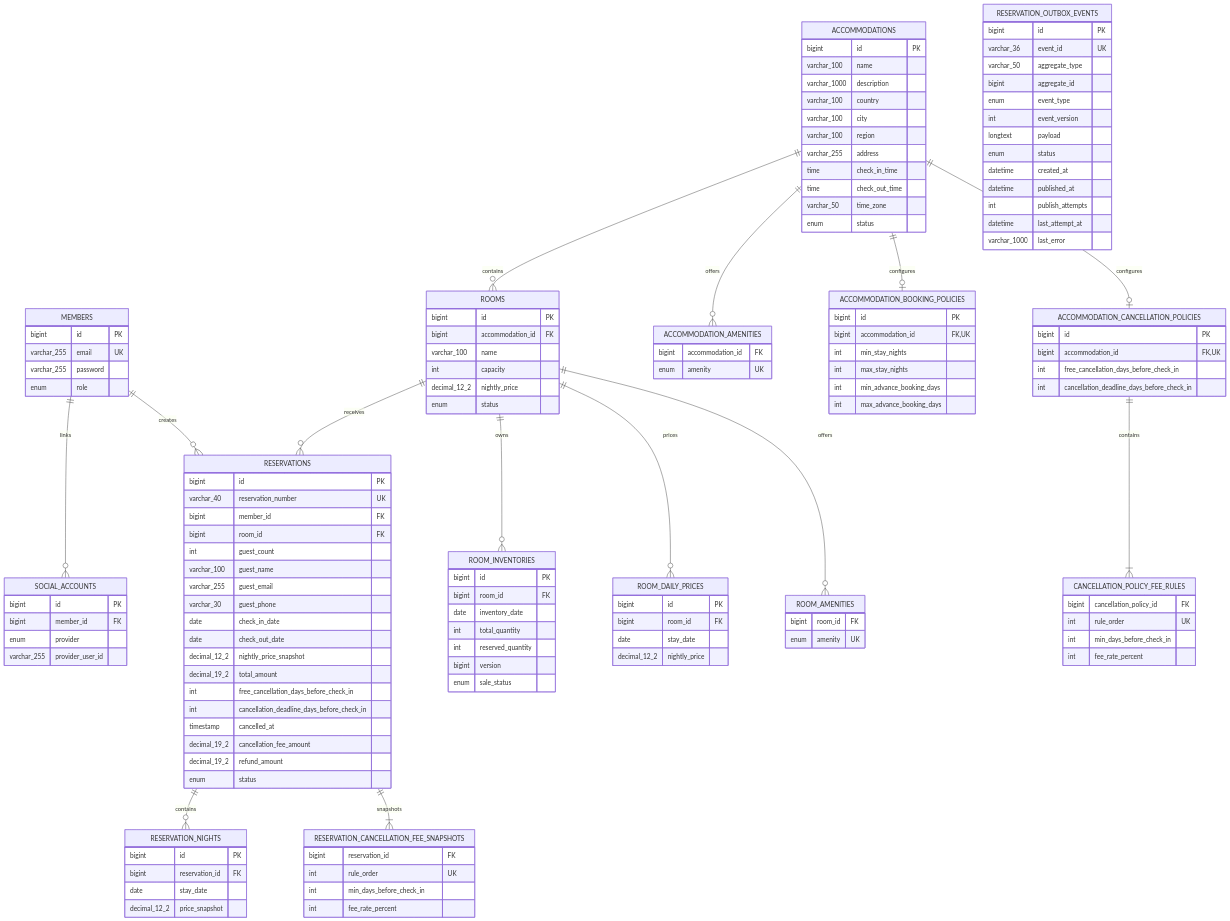
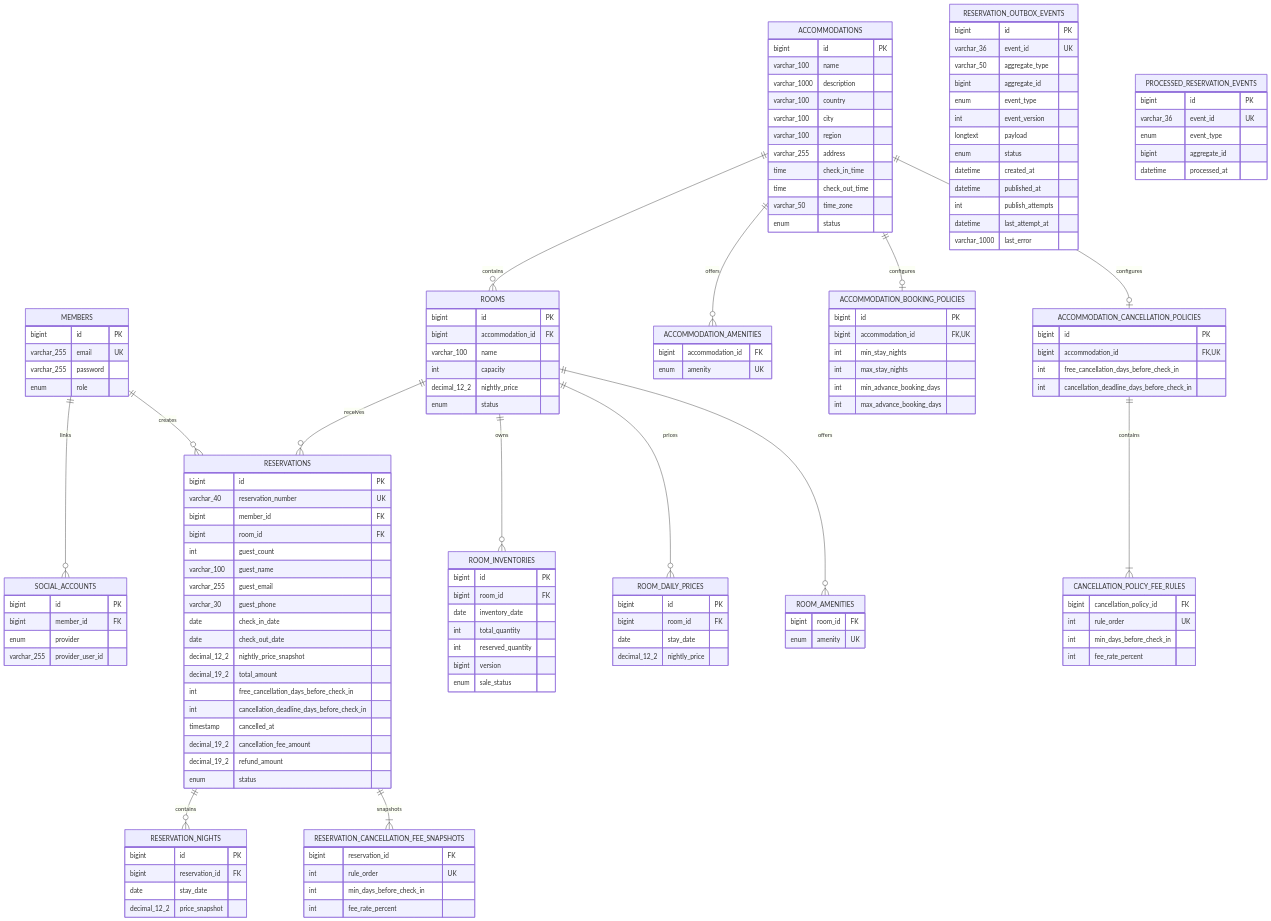
The diagram in docs/erd/database-schema.md (K4RF/reservation-platform), drawn with Mermaid before and after one commit. The commit also changed other lines of this file and 4 other files, not shown here.

```diff
--- a/docs/erd/database-schema.md
+++ b/docs/erd/database-schema.md
@@ -50,6 +50,14 @@
         int publish_attempts
         datetime last_attempt_at
         varchar_1000 last_error
+    }
+
+    PROCESSED_RESERVATION_EVENTS {
+        bigint id PK
+        varchar_36 event_id UK
+        enum event_type
+        bigint aggregate_id
+        datetime processed_at
     }
 
     ACCOMMODATIONS {
```
